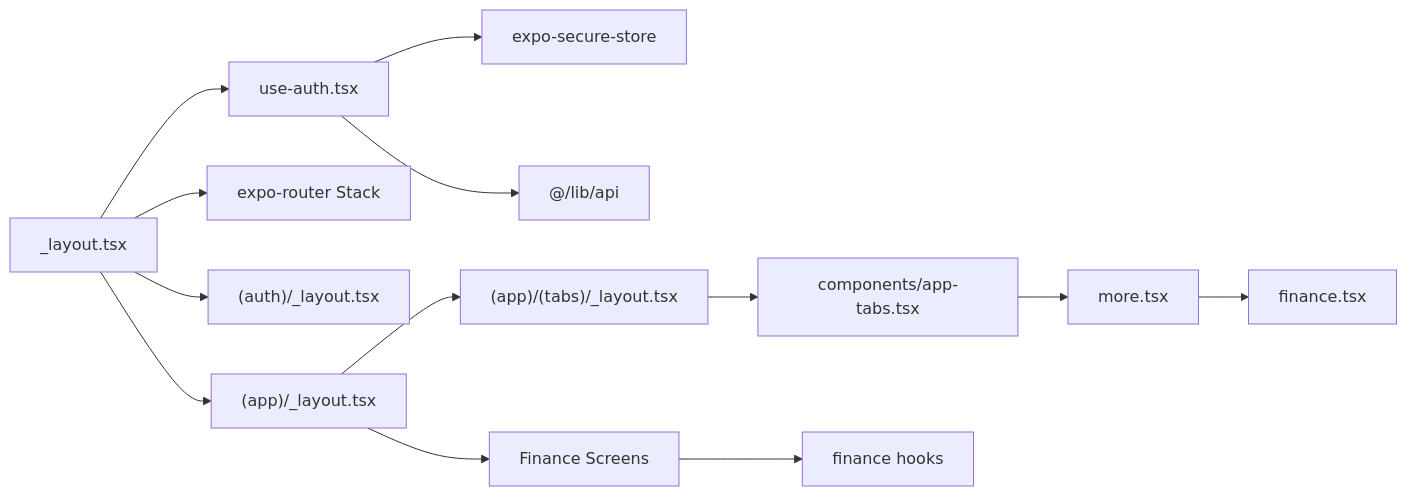
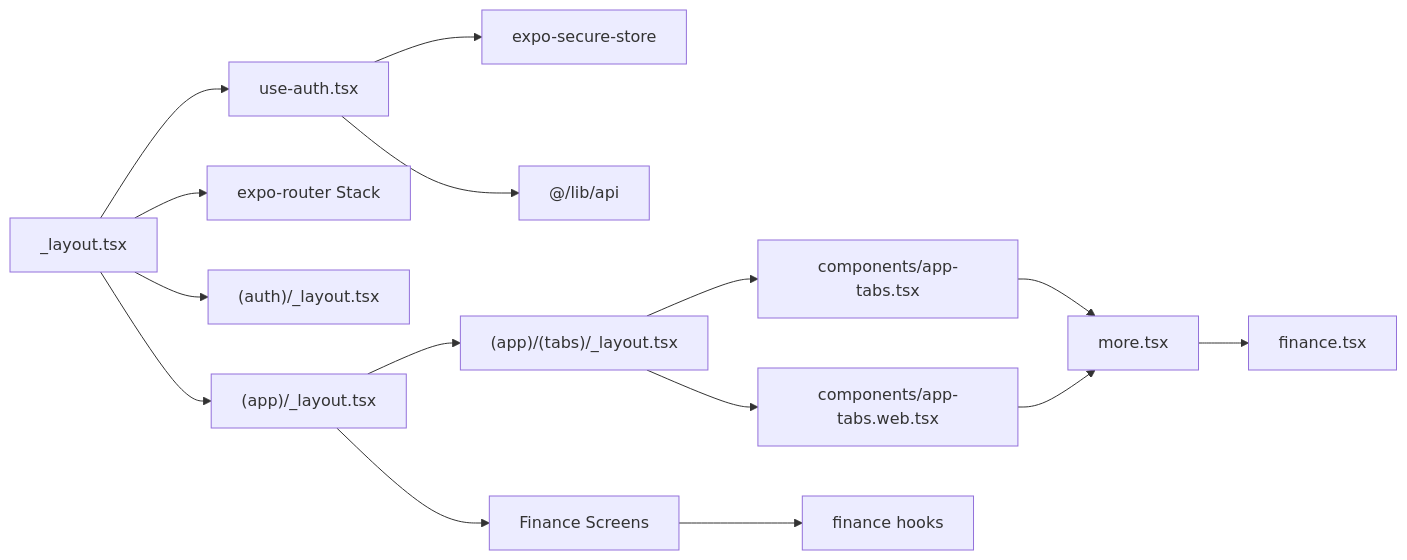
Before and after one commit to Muhammad-Masood/tijarah-ai-app: the ninth of 9 diagrams in .qoder/repowiki/en/content/Architecture Overview/Navigation Architecture.md, drawn with Mermaid. The commit also changed other lines of this file and 18 other files, not shown here.

````diff
--- a/.qoder/repowiki/en/content/Architecture Overview/Navigation Architecture.md
+++ b/.qoder/repowiki/en/content/Architecture Overview/Navigation Architecture.md
@@ -370,15 +434,17 @@
 ```mermaid
 graph LR
 Root["_layout.tsx"] --> AuthProvider["use-auth.tsx"]
 Root --> Stack["expo-router Stack"]
 AuthProvider --> SecureStore["expo-secure-store"]
 AuthProvider --> API["@/lib/api"]
 Root --> AuthGroup["(auth)/_layout.tsx"]
 Root --> AppGroup["(app)/_layout.tsx"]
 AppGroup --> TabsGroup["(app)/(tabs)/_layout.tsx"]
 AppGroup --> FinanceModule["Finance Screens"]
-TabsGroup --> TabsComp["components/app-tabs.tsx"]
-TabsComp --> MoreTab["more.tsx"]
+TabsGroup --> NativeTabs["components/app-tabs.tsx"]
+TabsGroup --> WebTabs["components/app-tabs.web.tsx"]
+NativeTabs --> MoreTab["more.tsx"]
+WebTabs --> MoreTab
 MoreTab --> FinanceEntry["finance.tsx"]
 FinanceModule --> FinanceHooks["finance hooks"]
 ```
````
